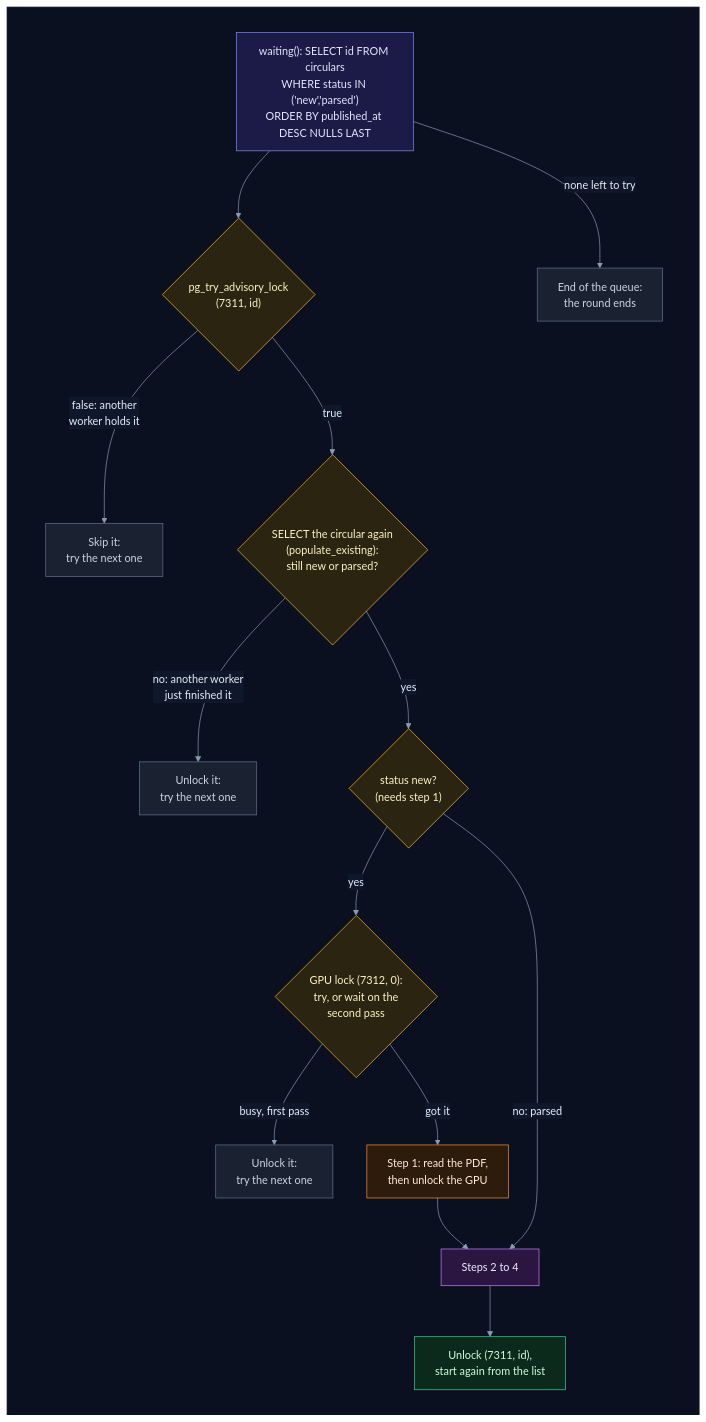
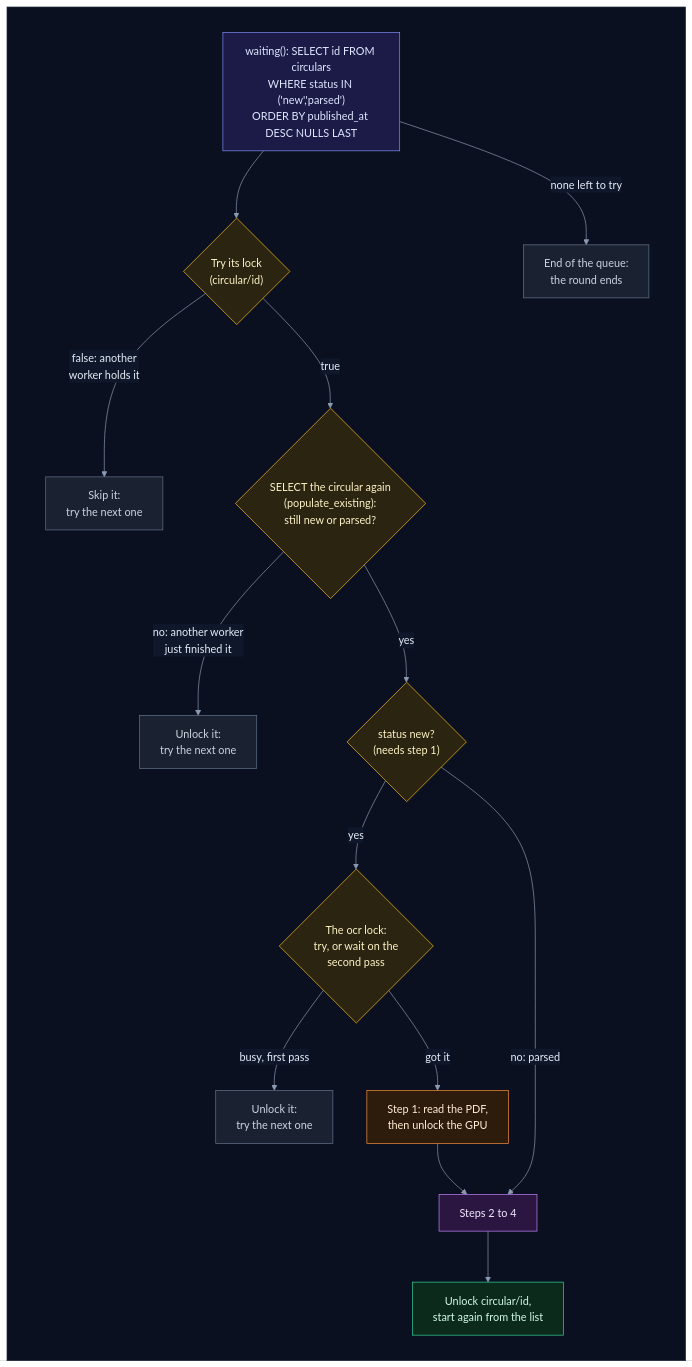
Before and after one commit to selvakumarperumal/Regulatory_Circular_Impact_Agent: the ninth of 20 diagrams in how_the_worker_works.md, drawn with Mermaid. The commit also changed other lines of this file and 4 other files, not shown here.

Commit message:
Scope advisory locks by schema

````diff
--- a/how_the_worker_works.md
+++ b/how_the_worker_works.md
@@ -459,35 +468,35 @@
 ```mermaid
 %%{init: {"theme": "base", "flowchart": {"diagramPadding": 0}, "themeVariables": {"darkMode": true, "primaryColor": "#16213a", "primaryTextColor": "#e6edf7", "primaryBorderColor": "#475a7a", "lineColor": "#8b9bb4", "secondaryColor": "#1b2436", "tertiaryColor": "#101a2e", "edgeLabelBackground": "#0f172a", "textColor": "#e2e8f0", "clusterBkg": "#0f1728", "clusterBorder": "#2b3a55", "titleColor": "#c4b5fd", "nodeTextColor": "#e6edf7"}}}%%
 flowchart TD
     subgraph canvas[" "]
         direction TB
-        list["waiting(): SELECT id FROM circulars<br/>WHERE status IN ('new','parsed')<br/>ORDER BY published_at DESC NULLS LAST"] --> tryc{"pg_try_advisory_lock<br/>(7311, id)"}
+        list["waiting(): SELECT id FROM circulars<br/>WHERE status IN ('new','parsed')<br/>ORDER BY published_at DESC NULLS LAST"] --> tryc{"Try its lock<br/>(circular/id)"}
         list -->|"none left to try"| idle["End of the queue:<br/>the round ends"]
         tryc -->|"false: another<br/>worker holds it"| skip1["Skip it:<br/>try the next one"]
         tryc -->|"true"| fresh{"SELECT the circular again<br/>(populate_existing):<br/>still new or parsed?"}
         fresh -->|"no: another worker<br/>just finished it"| skip2["Unlock it:<br/>try the next one"]
         fresh -->|"yes"| isnew{"status new?<br/>(needs step 1)"}
-        isnew -->|"yes"| gpu{"GPU lock (7312, 0):<br/>try, or wait on the<br/>second pass"}
+        isnew -->|"yes"| gpu{"The ocr lock:<br/>try, or wait on the<br/>second pass"}
         gpu -->|"busy, first pass"| skip3["Unlock it:<br/>try the next one"]
         gpu -->|"got it"| s1["Step 1: read the PDF,<br/>then unlock the GPU"]
         isnew -->|"no: parsed"| s2["Steps 2 to 4"]
         s1 --> s2
-        s2 --> done["Unlock (7311, id),<br/>start again from the list"]
+        s2 --> done["Unlock circular/id,<br/>start again from the list"]
     end
     classDef svc fill:#0e2a2c,stroke:#2dd4bf,color:#ccfbf1
     classDef data fill:#1c1a47,stroke:#818cf8,color:#e0e7ff
     classDef ext fill:#2a1640,stroke:#c084fc,color:#f3e8ff
     classDef gpu fill:#2d1b0c,stroke:#fb923c,color:#ffedd5
     classDef ask fill:#2a2410,stroke:#fbbf24,color:#fef3c7
     classDef ok fill:#0b2a1c,stroke:#34d399,color:#d1fae5
     classDef bad fill:#2e0f17,stroke:#fb7185,color:#ffe4e6
     classDef start fill:#1c2a0e,stroke:#a7ef6f,color:#ecfccb
     classDef muted fill:#1a2130,stroke:#64748b,color:#cbd5e1
     class list data
     class tryc,fresh,isnew,gpu ask
     class idle,skip1,skip2,skip3 muted
     class s1 gpu
     class s2 ext
     class done ok
     style canvas fill:#0b1020,stroke:#1e293b,color:#0b1020
 ```
````
